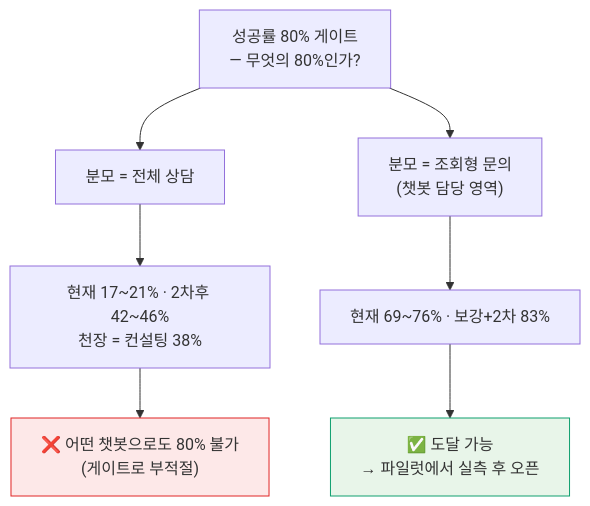
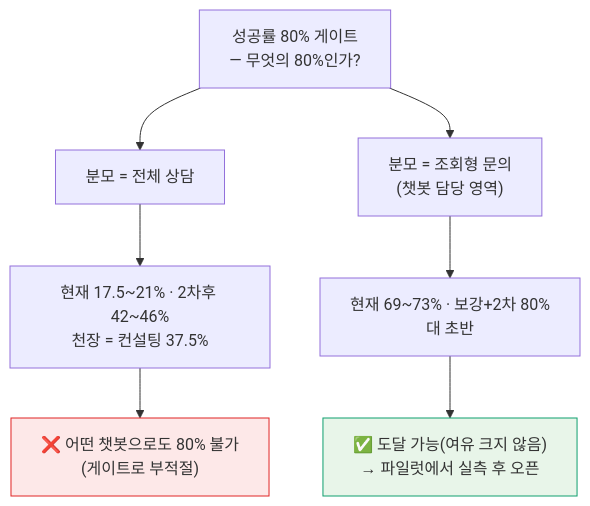
The first of 6 diagrams in analysis/myclass-chatbot/마이클래스챗봇_6월상담_심층분석_컨플루언스.md (layr8x/Wiki), drawn with Mermaid before and after one commit. The commit also changed other lines of this file, not shown here.

````diff
--- a/analysis/myclass-chatbot/마이클래스챗봇_6월상담_심층분석_컨플루언스.md
+++ b/analysis/myclass-chatbot/마이클래스챗봇_6월상담_심층분석_컨플루언스.md
@@ -34,13 +35,13 @@
 ```mermaid
 graph TD
     Q["성공률 80% 게이트<br>— 무엇의 80%인가?"] --> A["분모 = 전체 상담"]
     Q --> B["분모 = 조회형 문의<br>(챗봇 담당 영역)"]
-    A --> A1["현재 17~21% · 2차후 42~46%<br>천장 = 컨설팅 38%"]
+    A --> A1["현재 17.5~21% · 2차후 42~46%<br>천장 = 컨설팅 37.5%"]
     A1 --> A2["❌ 어떤 챗봇으로도 80% 불가<br>(게이트로 부적절)"]
-    B --> B1["현재 69~76% · 보강+2차 83%"]
-    B1 --> B2["✅ 도달 가능<br>→ 파일럿에서 실측 후 오픈"]
+    B --> B1["현재 69~73% · 보강+2차 80%대 초반"]
+    B1 --> B2["✅ 도달 가능(여유 크지 않음)<br>→ 파일럿에서 실측 후 오픈"]
     classDef no fill:#fde8e8,stroke:#e02424;
     classDef yes fill:#e8f5e9,stroke:#0e9f6e;
     class A2 no;
     class B2 yes;
 ```
````
